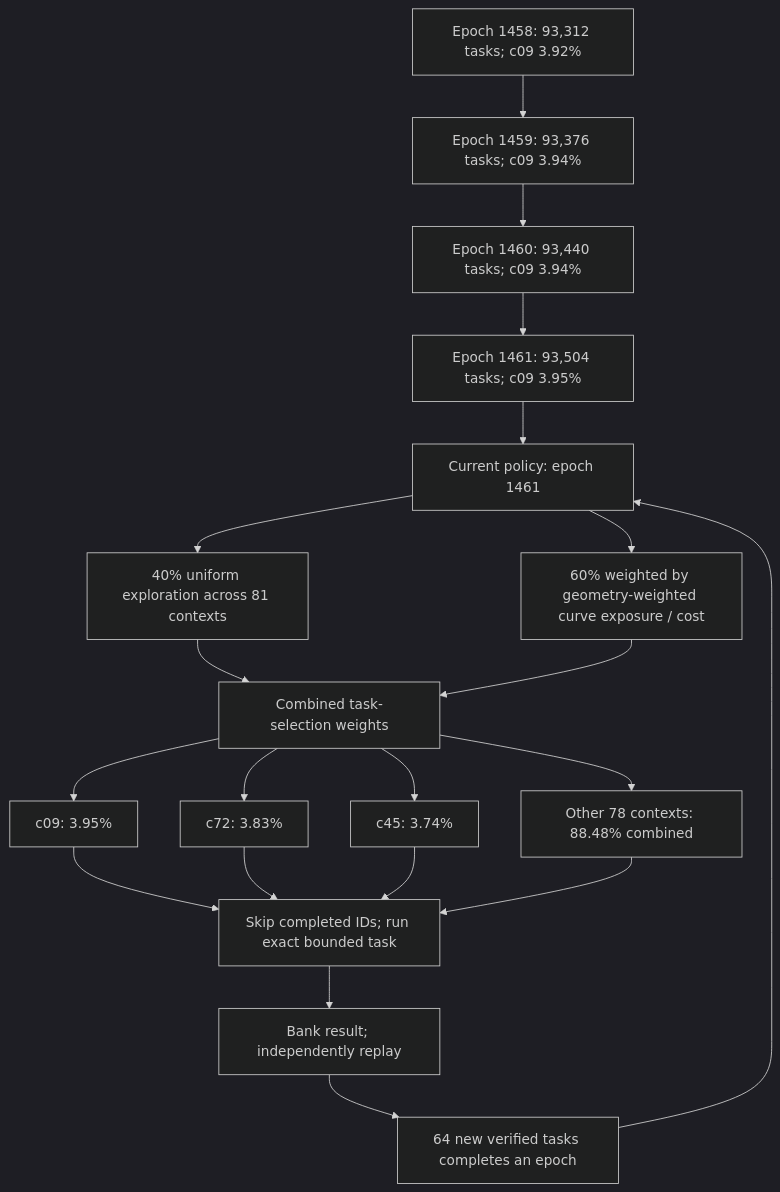
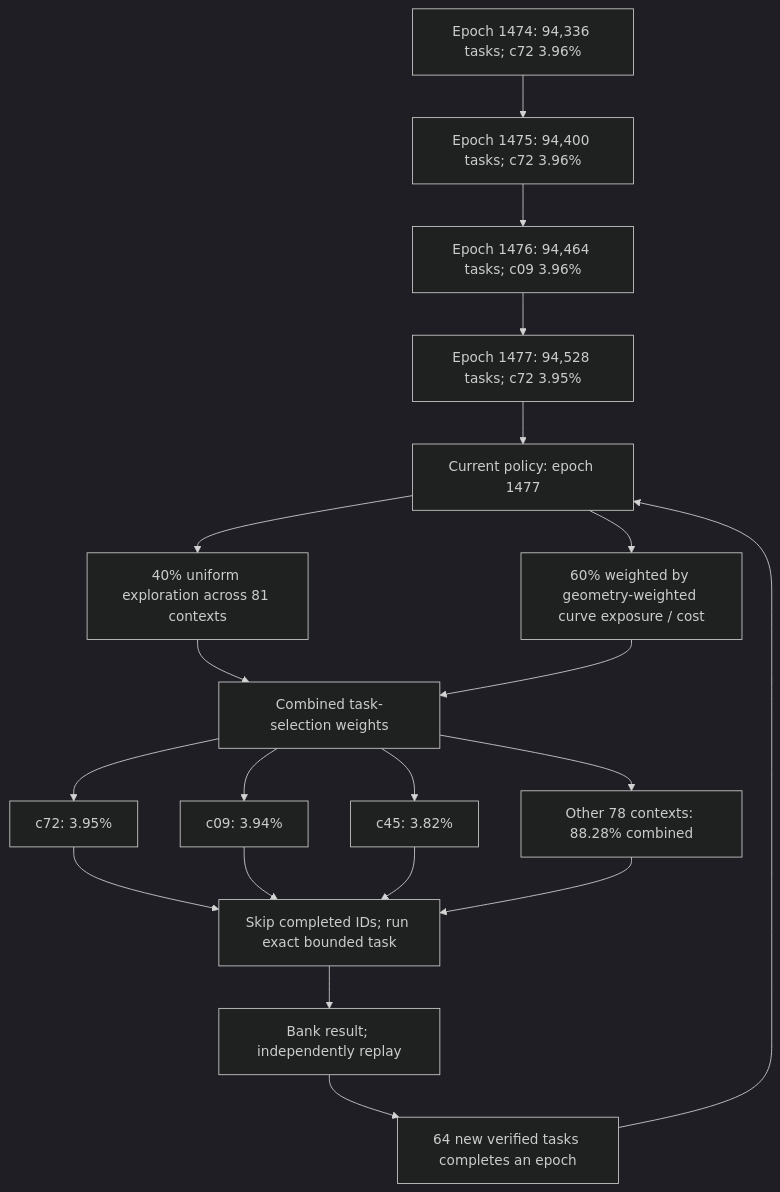
One commit to Kuberwastaken/math-gambling changed the first of 3 diagrams in README.md. Above: the diagram before and after it, drawn with Mermaid (dark theme). The commit also changed other lines of this file and 2135 other files, not shown here.

````diff
--- a/README.md
+++ b/README.md
@@ -56,27 +56,27 @@
 ```mermaid
 flowchart TD
-    H0["Epoch 1458: 93,312 tasks; c09 3.92%"]
-    H1["Epoch 1459: 93,376 tasks; c09 3.94%"]
+    H0["Epoch 1474: 94,336 tasks; c72 3.96%"]
+    H1["Epoch 1475: 94,400 tasks; c72 3.96%"]
     H0 --> H1
-    H2["Epoch 1460: 93,440 tasks; c09 3.94%"]
+    H2["Epoch 1476: 94,464 tasks; c09 3.96%"]
     H1 --> H2
-    H3["Epoch 1461: 93,504 tasks; c09 3.95%"]
+    H3["Epoch 1477: 94,528 tasks; c72 3.95%"]
     H2 --> H3
-    Policy["Current policy: epoch 1461"]
+    Policy["Current policy: epoch 1477"]
     H3 --> Policy
     Policy --> Explore["40% uniform exploration across 81 contexts"]
     Policy --> Cost["60% weighted by geometry-weighted curve exposure / cost"]
     Explore --> Mix["Combined task-selection weights"]
     Cost --> Mix
-    Mix --> C0["c09: 3.95%"]
-    Mix --> C1["c72: 3.83%"]
-    Mix --> C2["c45: 3.74%"]
-    Mix --> Rest["Other 78 contexts: 88.48% combined"]
+    Mix --> C0["c72: 3.95%"]
+    Mix --> C1["c09: 3.94%"]
+    Mix --> C2["c45: 3.82%"]
+    Mix --> Rest["Other 78 contexts: 88.28% combined"]
     C0 --> Check["Skip completed IDs; run exact bounded task"]
     C1 --> Check
     C2 --> Check
     Rest --> Check
     Check --> Replay["Bank result; independently replay"]
     Replay --> Gate["64 new verified tasks completes an epoch"]
     Gate --> Policy
 ```
````
